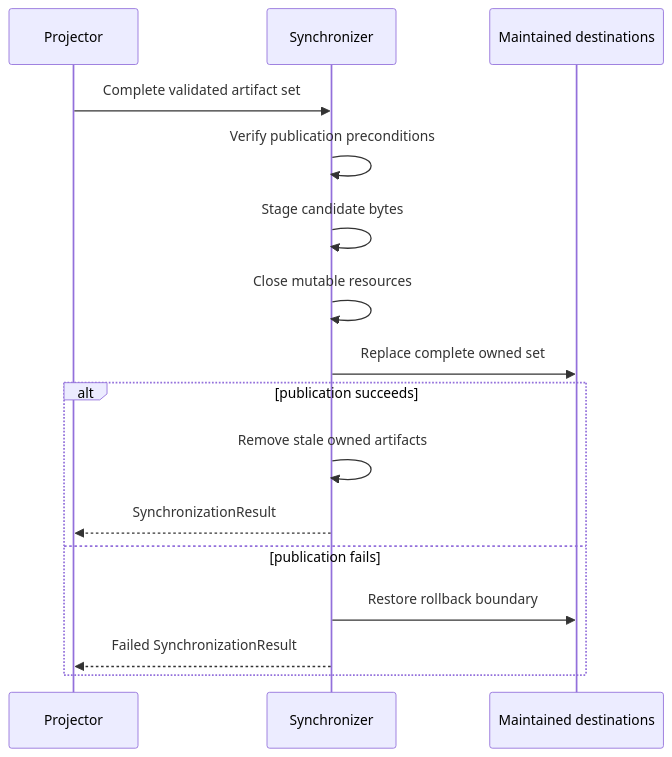
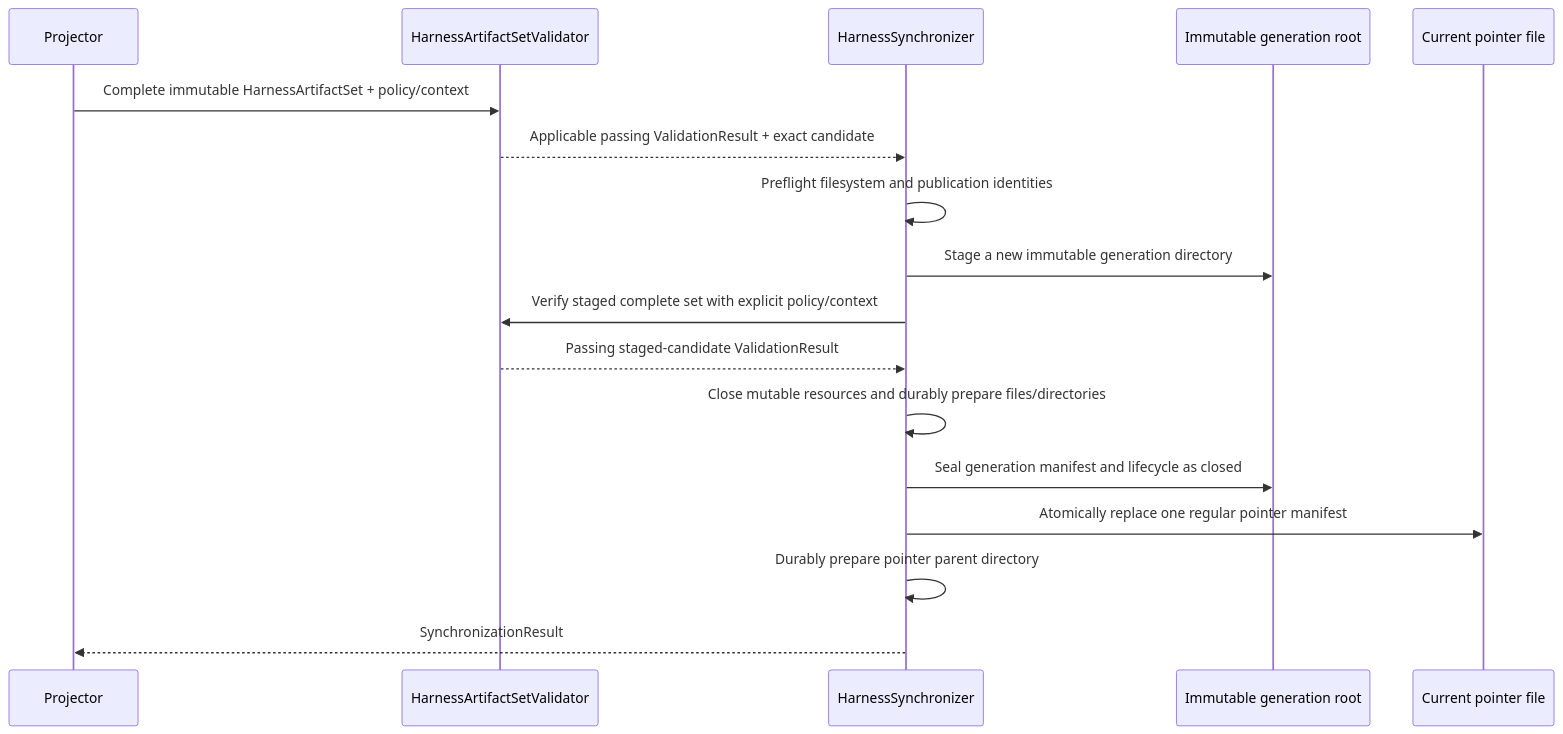
One commit to eragasa/ksdft2effmass changed the sixth of 6 diagrams in docs/architecture/v2/harness/compiler-architecture.md. Above: the diagram before and after it, drawn with Mermaid. The commit also changed other lines of this file and 80 other files, not shown here.

Commit message:
docs: reconcile architecture v2

````diff
--- a/docs/architecture/v2/harness/compiler-architecture.md
+++ b/docs/architecture/v2/harness/compiler-architecture.md
@@ -382,19 +446,20 @@
 ```mermaid
 sequenceDiagram
     participant P as Projector
-    participant S as Synchronizer
-    participant D as Maintained destinations
+    participant V as HarnessArtifactSetValidator
+    participant S as HarnessSynchronizer
+    participant G as Immutable generation root
+    participant C as Current pointer file
 
-    P->>S: Complete validated artifact set
-    S->>S: Verify publication preconditions
-    S->>S: Stage candidate bytes
-    S->>S: Close mutable resources
-    S->>D: Replace complete owned set
-    alt publication succeeds
-        S->>S: Remove stale owned artifacts
-        S-->>P: SynchronizationResult
-    else publication fails
-        S->>D: Restore rollback boundary
-        S-->>P: Failed SynchronizationResult
-    end
+    P->>V: Complete immutable HarnessArtifactSet + policy/context
+    V-->>S: Applicable passing ValidationResult + exact candidate
+    S->>S: Preflight filesystem and publication identities
+    S->>G: Stage a new immutable generation directory
+    S->>V: Verify staged complete set with explicit policy/context
+    V-->>S: Passing staged-candidate ValidationResult
+    S->>S: Close mutable resources and durably prepare files/directories
+    S->>G: Seal generation manifest and lifecycle as closed
+    S->>C: Atomically replace one regular pointer manifest
+    S->>S: Durably prepare pointer parent directory
+    S-->>P: SynchronizationResult
 ```
````
